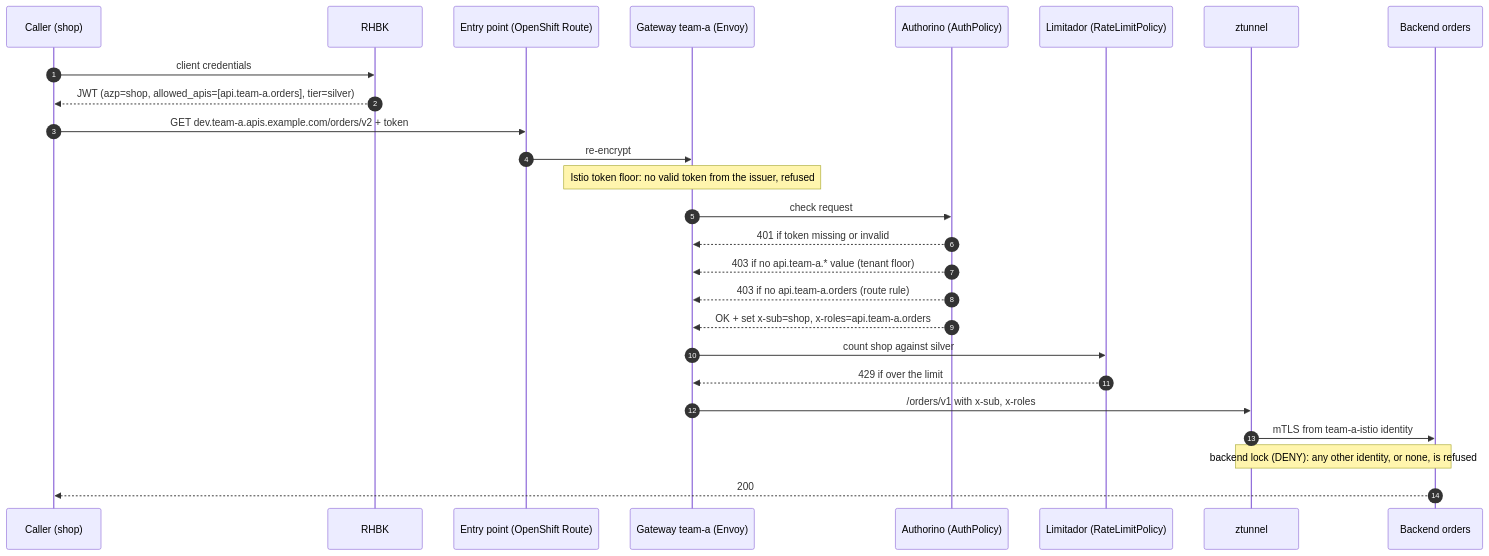
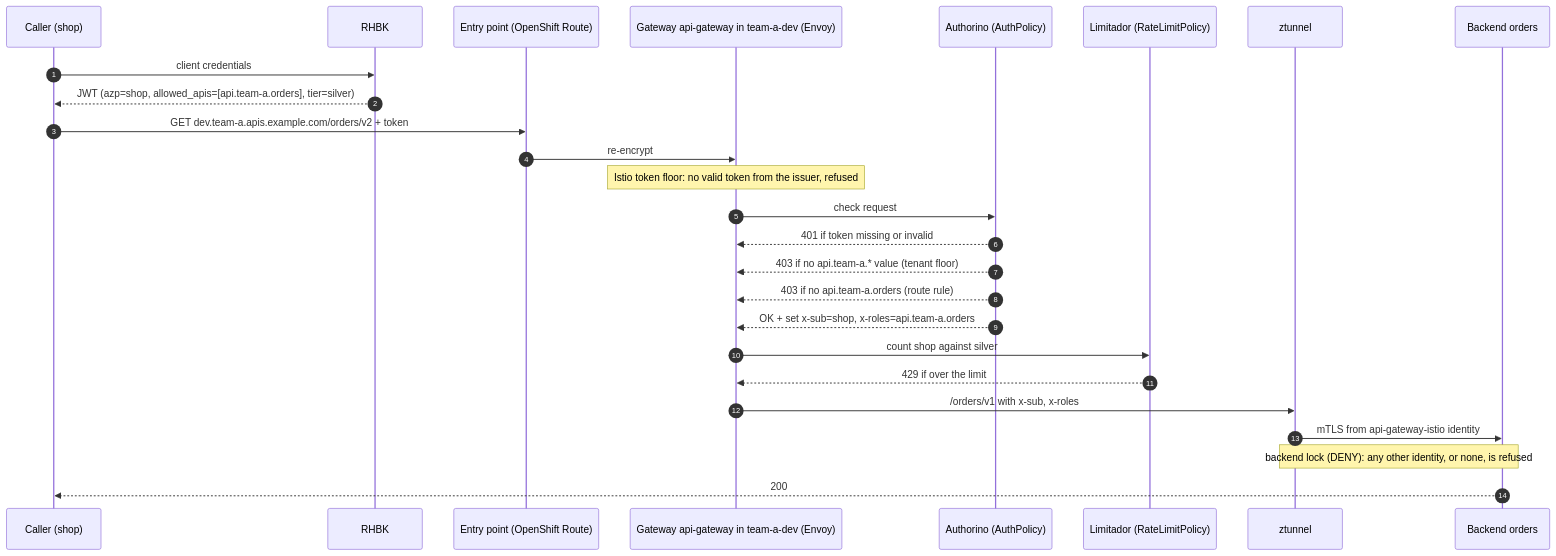
One commit to stakater/mto-extension-api-gateway changed the third of 6 diagrams in docs/diagrams.md. Above: the diagram before and after it, drawn with Mermaid. The commit also changed other lines of this file and 46 other files, not shown here.

````diff
--- a/docs/diagrams.md
+++ b/docs/diagrams.md
@@ -68,28 +73,28 @@
 ```mermaid
 sequenceDiagram
   autonumber
   participant C as Caller (shop)
   participant K as RHBK
   participant E as Entry point (OpenShift Route)
-  participant G as Gateway team-a (Envoy)
+  participant G as Gateway api-gateway in team-a-dev (Envoy)
   participant A as Authorino (AuthPolicy)
   participant L as Limitador (RateLimitPolicy)
   participant Z as ztunnel
   participant B as Backend orders
   C->>K: client credentials
   K-->>C: JWT (azp=shop, allowed_apis=[api.team-a.orders], tier=silver)
   C->>E: GET dev.team-a.apis.example.com/orders/v2 + token
   E->>G: re-encrypt
   Note over G: Istio token floor: no valid token from the issuer, refused
   G->>A: check request
   A-->>G: 401 if token missing or invalid
   A-->>G: 403 if no api.team-a.* value (tenant floor)
   A-->>G: 403 if no api.team-a.orders (route rule)
   A-->>G: OK + set x-sub=shop, x-roles=api.team-a.orders
   G->>L: count shop against silver
   L-->>G: 429 if over the limit
   G->>Z: /orders/v1 with x-sub, x-roles
-  Z->>B: mTLS from team-a-istio identity
+  Z->>B: mTLS from api-gateway-istio identity
   Note over Z,B: backend lock (DENY): any other identity, or none, is refused
   B-->>C: 200
 ```
````
